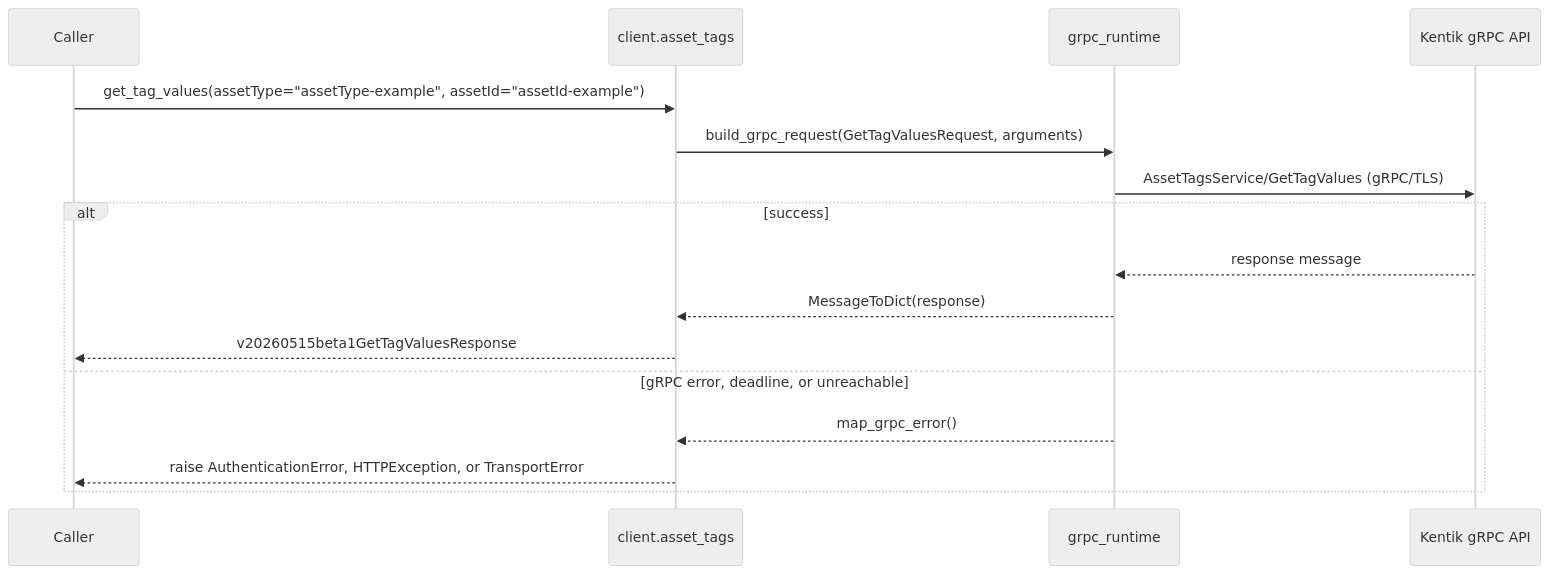
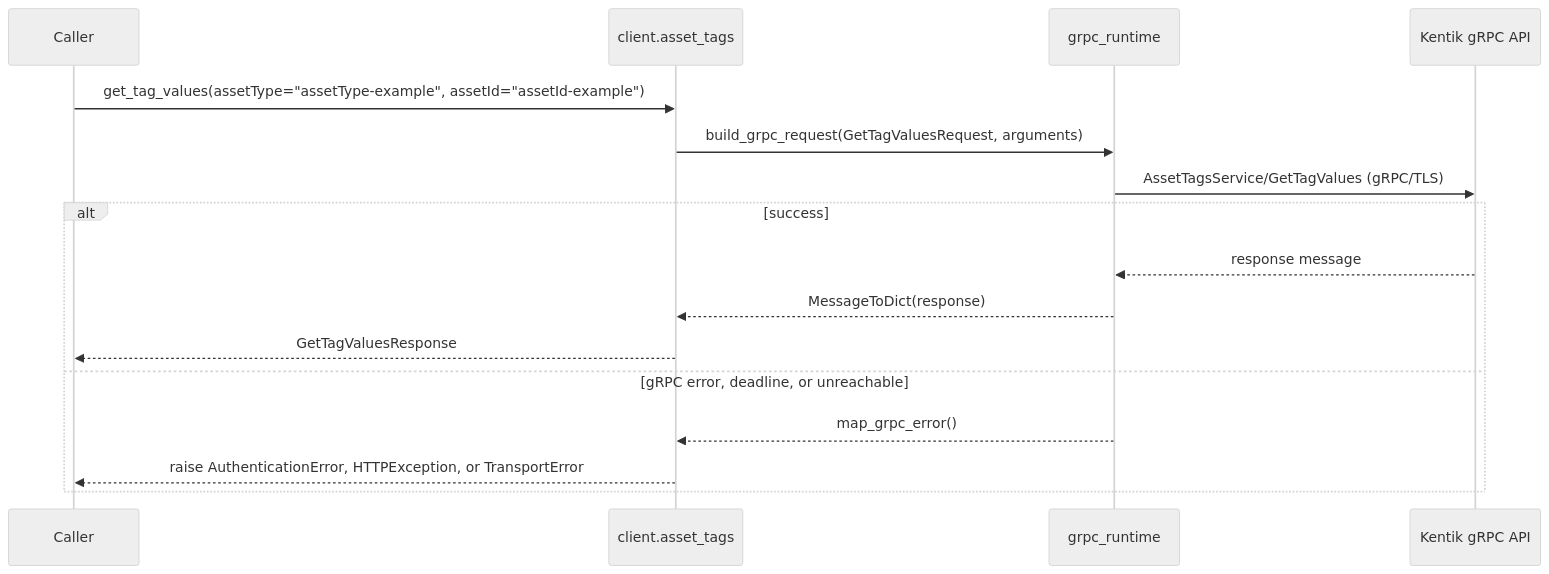
One commit to alexdearaujo/community_sdk_python changed the third of 20 diagrams in docs/sphinx/services/asset_tags.md. Above: the diagram before and after it, drawn with Mermaid (neutral theme). The commit also changed other lines of this file and 38 other files, not shown here.

````diff
--- a/docs/sphinx/services/asset_tags.md
+++ b/docs/sphinx/services/asset_tags.md
@@ -59,19 +59,19 @@
 ```mermaid
 sequenceDiagram
     participant C as Caller
     participant W as client.asset_tags
     participant R as grpc_runtime
     participant API as Kentik gRPC API
 
     C->>W: get_tag_values(assetType="assetType-example", assetId="assetId-example")
     W->>R: build_grpc_request(GetTagValuesRequest, arguments)
     R->>API: AssetTagsService/GetTagValues (gRPC/TLS)
     alt success
         API-->>R: response message
         R-->>W: MessageToDict(response)
-        W-->>C: v20260515beta1GetTagValuesResponse
+        W-->>C: GetTagValuesResponse
     else gRPC error, deadline, or unreachable
         R-->>W: map_grpc_error()
         W-->>C: raise AuthenticationError, HTTPException, or TransportError
     end
 ```
````
